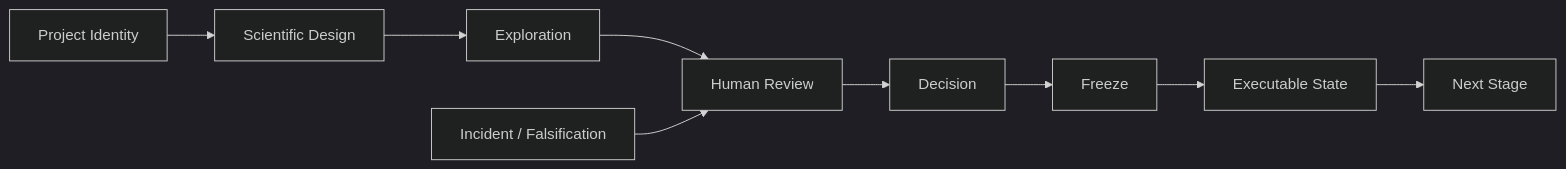
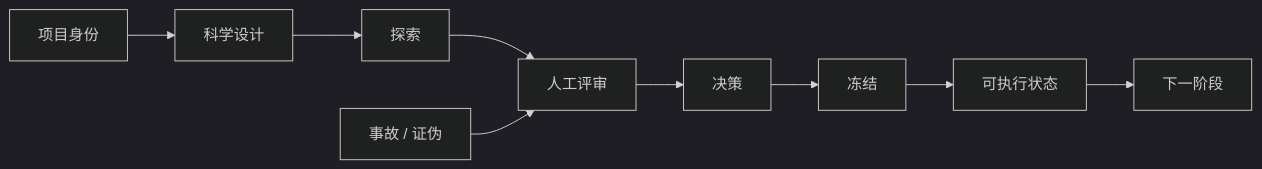
The diagram in README.md (duyang1994/ARIS-Research-OS), drawn with Mermaid (dark theme) before and after one commit. The commit also changed other lines of this file and 2 other files, not shown here.

````diff
--- a/README.md
+++ b/README.md
@@ -77,11 +71,11 @@
 ```mermaid
 flowchart LR
-    ID[Project Identity] --> SD[Scientific Design]
-    SD --> EX[Exploration]
-    EX --> HR[Human Review]
-    HR --> DE[Decision]
-    DE --> FR[Freeze]
-    FR --> ES[Executable State]
-    ES --> NS[Next Stage]
-    INC[Incident / Falsification] --> HR
+    ID[项目身份] --> SD[科学设计]
+    SD --> EX[探索]
+    EX --> HR[人工评审]
+    HR --> DE[决策]
+    DE --> FR[冻结]
+    FR --> ES[可执行状态]
+    ES --> NS[下一阶段]
+    INC[事故 / 证伪] --> HR
 ```
````
